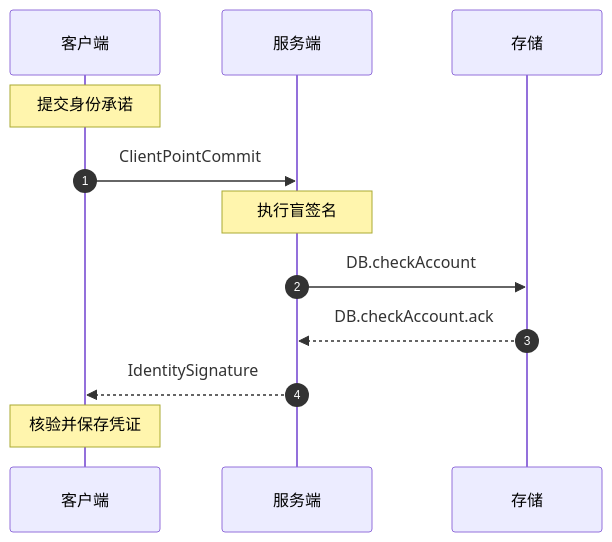
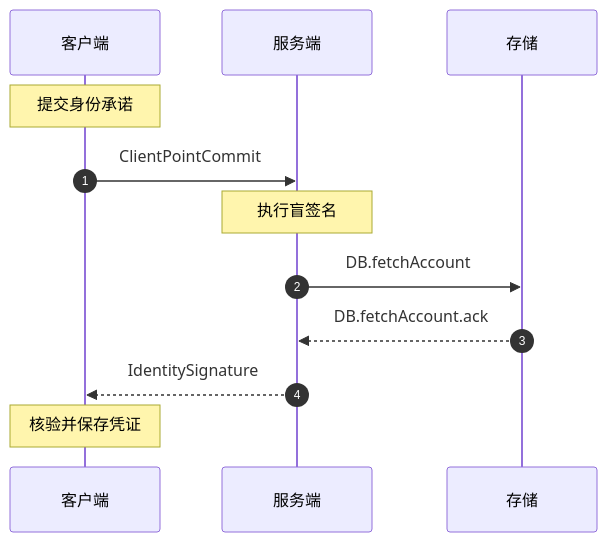
Before and after one commit to teaconmc/oolong-vote-proof: the fourth of 12 diagrams in docs/README.md, drawn with Mermaid. The commit also changed other lines of this file, not shown here.

Commit message:
docs: align storage primitives and account flow

````diff
--- a/docs/README.md
+++ b/docs/README.md
@@ -187,15 +174,14 @@
 ```mermaid
 sequenceDiagram
     autonumber
     participant C as 客户端
     participant S as 服务端
     participant DB as 存储
-
     Note over C: 提交身份承诺
-    C->>S: ClientPointCommit
+    C ->> S: ClientPointCommit
     Note over S: 执行盲签名
-    S->>DB: DB.checkAccount
-    DB-->>S: DB.checkAccount.ack
-    S-->>C: IdentitySignature
+    S ->> DB: DB.fetchAccount
+    DB -->> S: DB.fetchAccount.ack
+    S -->> C: IdentitySignature
     Note over C: 核验并保存凭证
 ```
````
